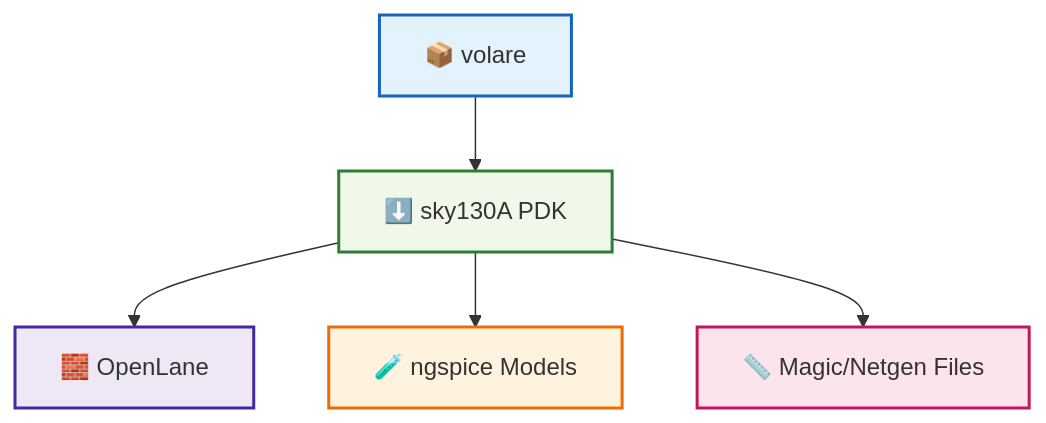
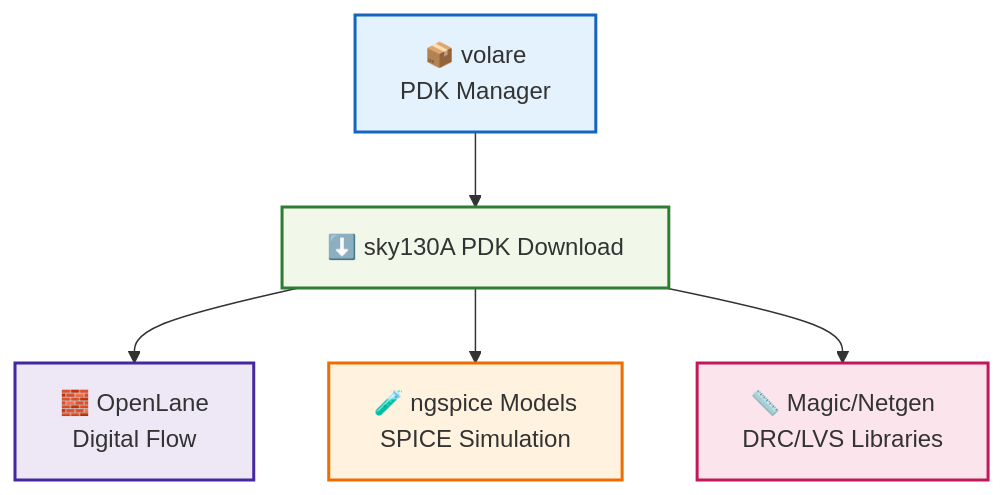
Before and after one commit to Samizo-AITL/Edusemi-v4x: the diagram in e_chapter0_environment_setup/02_sky130_pdk_setup.md, drawn with Mermaid. The commit also changed other lines of this file, not shown here.

````diff
--- a/e_chapter0_environment_setup/02_sky130_pdk_setup.md
+++ b/e_chapter0_environment_setup/02_sky130_pdk_setup.md
@@ -118,13 +132,13 @@
 ```mermaid
 graph TD
-    A[📦 volare] --> B[⬇️ sky130A PDK]
-    B --> C[🧱 OpenLane]
-    B --> D[🧪 ngspice Models]
-    B --> E[📏 Magic/Netgen Files]
+    A[📦 volare<br>PDK Manager] --> B[⬇️ sky130A PDK Download]
+    B --> C[🧱 OpenLane<br>Digital Flow]
+    B --> D[🧪 ngspice Models<br>SPICE Simulation]
+    B --> E[📏 Magic/Netgen<br>DRC/LVS Libraries]
 
     style A fill:#e3f2fd,stroke:#1565c0,stroke-width:2px
     style B fill:#f1f8e9,stroke:#2e7d32,stroke-width:2px
     style C fill:#ede7f6,stroke:#4527a0,stroke-width:2px
     style D fill:#fff3e0,stroke:#ef6c00,stroke-width:2px
     style E fill:#fce4ec,stroke:#c2185b,stroke-width:2px
 ```
````
